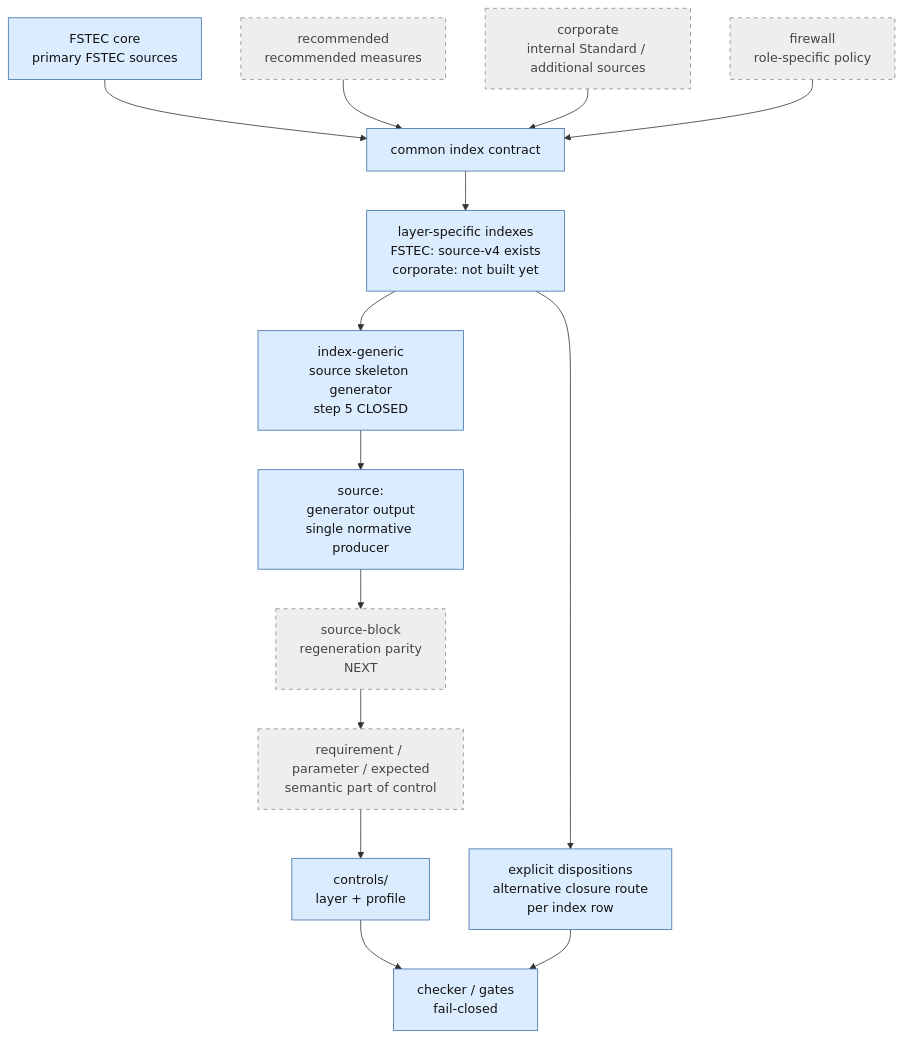
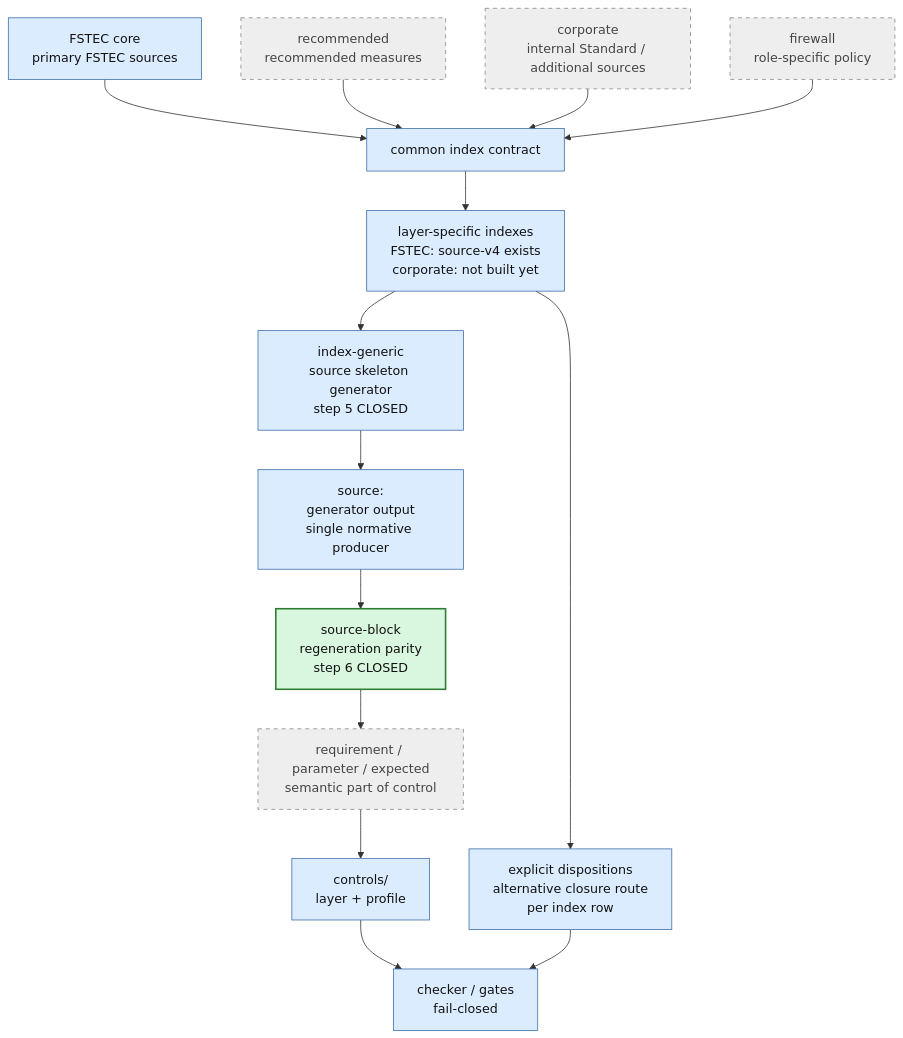
Before and after one commit to rasav65/SecureLinux-Policy: the second of 5 diagrams in docs/PROJECT-MAP-v3.md, drawn with Mermaid. The commit also changed other lines of this file and 20 other files, not shown here.

Commit message:
feat: enforce source block regeneration parity

````diff
--- a/docs/PROJECT-MAP-v3.md
+++ b/docs/PROJECT-MAP-v3.md
@@ -153,27 +154,28 @@
 ```mermaid
 flowchart TB
     FSTEC["FSTEC core<br/>primary FSTEC sources"]:::component
     RECOMMENDED["recommended<br/>recommended measures"]:::future
     CORPORATE["corporate<br/>internal Standard / additional sources"]:::future
     FIREWALL["firewall<br/>role-specific policy"]:::future
 
     FSTEC --> CONTRACT["common index contract"]:::component
     RECOMMENDED --> CONTRACT
     CORPORATE --> CONTRACT
     FIREWALL --> CONTRACT
 
     CONTRACT --> INDEXES["layer-specific indexes<br/>FSTEC: source-v4 exists<br/>corporate: not built yet"]:::component
     INDEXES --> GENERATOR["index-generic<br/>source skeleton generator<br/>step 5 CLOSED"]:::component
     GENERATOR --> SOURCE["source:<br/>generator output<br/>single normative producer"]:::component
-    SOURCE --> PARITY["source-block<br/>regeneration parity<br/>NEXT"]:::future
+    SOURCE --> PARITY["source-block<br/>regeneration parity<br/>step 6 CLOSED"]:::closed
     PARITY --> SEM["requirement / parameter / expected<br/>semantic part of control"]:::future
     SEM --> CONTROLS["controls/<br/>layer + profile"]:::component
     CONTROLS --> CHECKER["checker / gates<br/>fail-closed"]:::component
 
     DISP2["explicit dispositions<br/>alternative closure route<br/>per index row"]:::component
     INDEXES --> DISP2
     DISP2 --> CHECKER
 
+    classDef closed fill:#d9f7df,stroke:#2f7d32,color:#111,stroke-width:2px;
     classDef component fill:#dcecff,stroke:#3e6ea8,color:#111;
     classDef future fill:#eeeeee,stroke:#888,color:#444,stroke-dasharray: 5 5;
 ```
````
